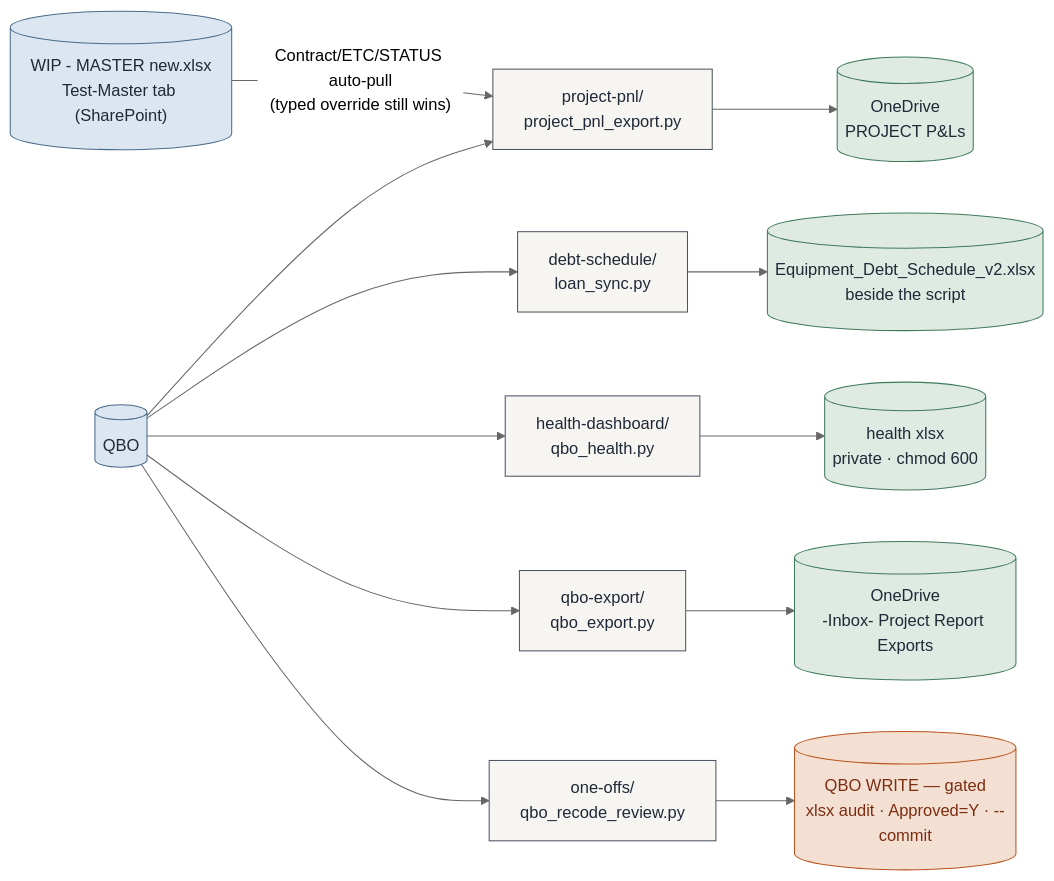
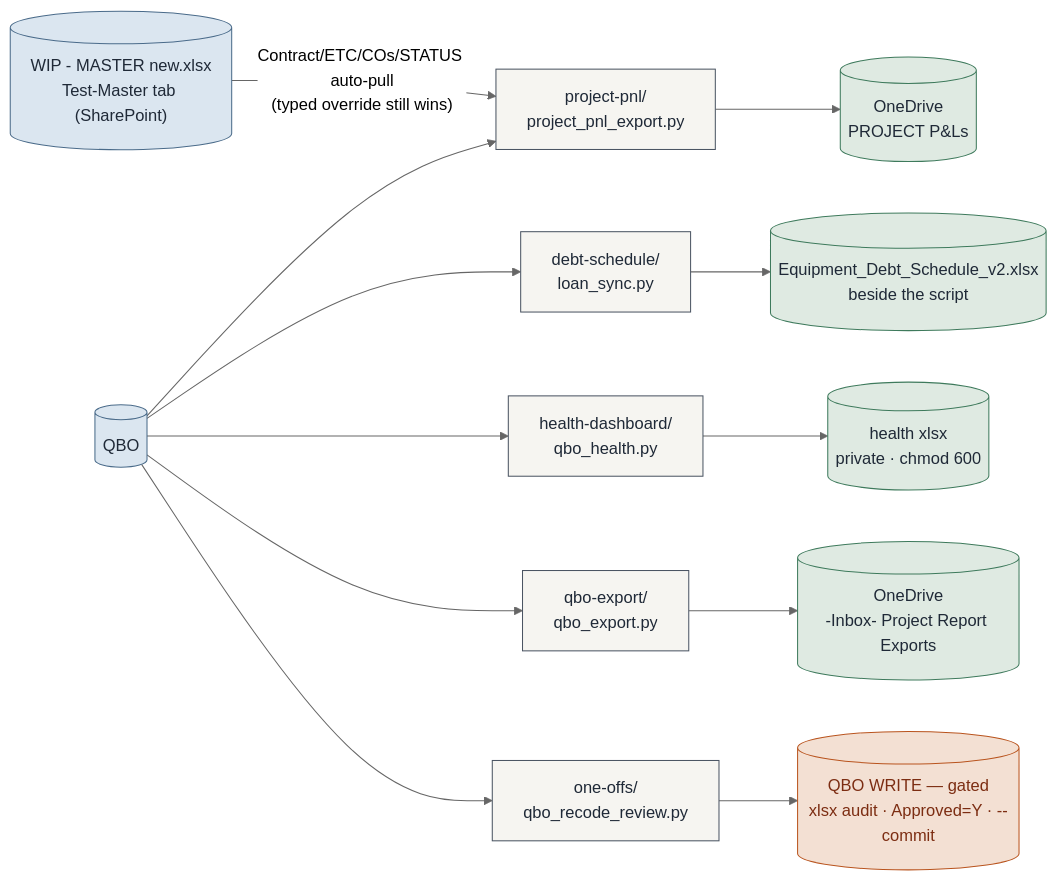
One commit to Ecarlo-Proficient/Claude-Report changed the fourth of 5 diagrams in docs/ARCHITECTURE.md. Above: the diagram before and after it, drawn with Mermaid (neutral theme). The commit also changed other lines of this file and 3 other files, not shown here.

````diff
--- a/docs/ARCHITECTURE.md
+++ b/docs/ARCHITECTURE.md
@@ -150,28 +150,28 @@
 ```mermaid
 flowchart LR
     classDef src fill:#dbe6f0,stroke:#4A6B8A,color:#1f2937
     classDef tool fill:#f6f5f1,stroke:#4b5563,color:#1f2937
     classDef out fill:#dfeae2,stroke:#3E7A5C,color:#1f2937
     classDef gate fill:#f3e0d3,stroke:#B9541E,color:#7c2d12
 
     QBO[("QBO")]:::src
     WIPM[("WIP - MASTER new.xlsx\nTest-Master tab (SharePoint)")]:::src
     PNL["project-pnl/\nproject_pnl_export.py"]:::tool
     LOAN["debt-schedule/\nloan_sync.py"]:::tool
     HEALTH["health-dashboard/\nqbo_health.py"]:::tool
     EXP["qbo-export/\nqbo_export.py"]:::tool
     RECODE["one-offs/\nqbo_recode_review.py"]:::tool
 
     P1[("OneDrive\nPROJECT P&Ls")]:::out
     P2[("Equipment_Debt_Schedule_v2.xlsx\nbeside the script")]:::out
     P3[("health xlsx\nprivate · chmod 600")]:::out
     P4[("OneDrive\n-Inbox- Project Report Exports")]:::out
     P5[("QBO WRITE — gated\nxlsx audit · Approved=Y · --commit")]:::gate
 
     QBO --> PNL --> P1
-    WIPM -->|"Contract/ETC/STATUS auto-pull\n(typed override still wins)"| PNL
+    WIPM -->|"Contract/ETC/COs/STATUS auto-pull\n(typed override still wins)"| PNL
     QBO --> LOAN --> P2
     QBO --> HEALTH --> P3
     QBO --> EXP --> P4
     QBO --> RECODE --> P5
 ```
````
